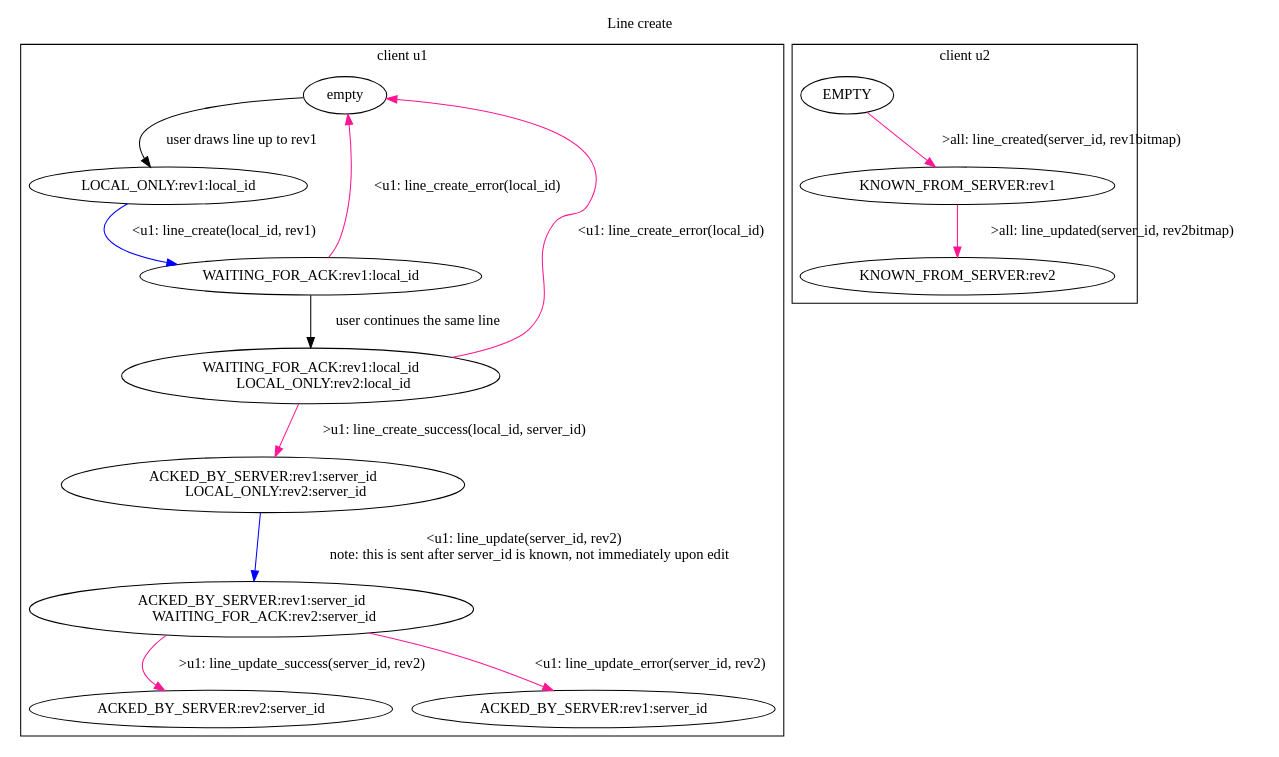
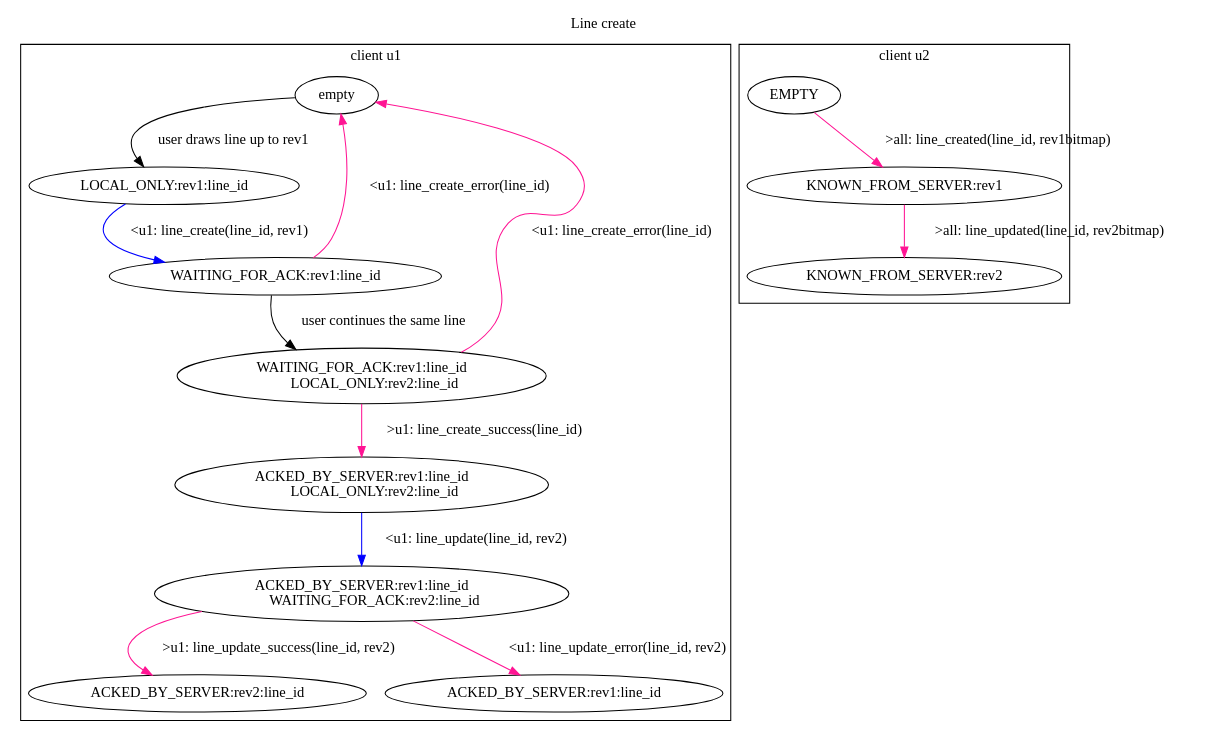
Before and after one commit to wgslr/trunkless-whiteboard: the diagram in graphs/line-create/create-and-edit.dot, drawn with Graphviz.

Commit message:
Change line creation to use client-generated ids

```diff
--- a/graphs/line-create/create-and-edit.dot
+++ b/graphs/line-create/create-and-edit.dot
@@ -1,66 +1,66 @@
 # deeppink = message from server
 # blue = message to server
 
 Digraph G {
   labelloc="t";
   label="Line create";
 
   subgraph cluster_u1 {
     label="client u1"
     
     empty
-    -> "LOCAL_ONLY:rev1:local_id"
+    -> "LOCAL_ONLY:rev1:line_id"
     [label = "user draws line up to rev1"]
     
-    "LOCAL_ONLY:rev1:local_id"
-    -> "WAITING_FOR_ACK:rev1:local_id"
-    [label = "<u1: line_create(local_id, rev1)" color=blue]
+    "LOCAL_ONLY:rev1:line_id"
+    -> "WAITING_FOR_ACK:rev1:line_id"
+    [label = "<u1: line_create(line_id, rev1)" color=blue]
 
-    "WAITING_FOR_ACK:rev1:local_id"
-    -> "WAITING_FOR_ACK:rev1:local_id 
-        LOCAL_ONLY:rev2:local_id"
+    "WAITING_FOR_ACK:rev1:line_id"
+    -> "WAITING_FOR_ACK:rev1:line_id 
+        LOCAL_ONLY:rev2:line_id"
     [label="user continues the same line"]
 
-    "WAITING_FOR_ACK:rev1:local_id 
-        LOCAL_ONLY:rev2:local_id"
-    -> "ACKED_BY_SERVER:rev1:server_id 
-        LOCAL_ONLY:rev2:server_id"
-          [label=">u1: line_create_success(local_id, server_id)" color=deeppink]
+    "WAITING_FOR_ACK:rev1:line_id 
+        LOCAL_ONLY:rev2:line_id"
+    -> "ACKED_BY_SERVER:rev1:line_id 
+        LOCAL_ONLY:rev2:line_id"
+          [label=">u1: line_create_success(line_id)" color=deeppink]
 
 
-    "ACKED_BY_SERVER:rev1:server_id 
-        LOCAL_ONLY:rev2:server_id"
-    -> "ACKED_BY_SERVER:rev1:server_id
-        WAITING_FOR_ACK:rev2:server_id"
-    [label="<u1: line_update(server_id, rev2)
-    note: this is sent after server_id is known, not immediately upon edit" color=blue]
+    "ACKED_BY_SERVER:rev1:line_id 
+        LOCAL_ONLY:rev2:line_id"
+    -> "ACKED_BY_SERVER:rev1:line_id
+        WAITING_FOR_ACK:rev2:line_id"
+    [label="<u1: line_update(line_id, rev2)" color=blue]
 
-    "ACKED_BY_SERVER:rev1:server_id
-        WAITING_FOR_ACK:rev2:server_id"
-    -> "ACKED_BY_SERVER:rev2:server_id"
-    [label=">u1: line_update_success(server_id, rev2)" color=deeppink]  // here either rev2 bitmap or some revision / message id
+    "ACKED_BY_SERVER:rev1:line_id
+        WAITING_FOR_ACK:rev2:line_id"
+    -> "ACKED_BY_SERVER:rev2:line_id"
+    [label=">u1: line_update_success(line_id, rev2)" color=deeppink]  // here either rev2 bitmap or some revision / message id
 
 
     // error cases
-    "WAITING_FOR_ACK:rev1:local_id" -> empty [label = "<u1: line_create_error(local_id)", color=deeppink]
+    "WAITING_FOR_ACK:rev1:line_id" -> empty [label = "<u1: line_create_error(line_id)", color=deeppink]
 
-    "WAITING_FOR_ACK:rev1:local_id 
-        LOCAL_ONLY:rev2:local_id" -> empty [label = "<u1: line_create_error(local_id)", color=deeppink]
+    "WAITING_FOR_ACK:rev1:line_id 
+        LOCAL_ONLY:rev2:line_id" -> empty [label = "<u1: line_create_error(line_id)", color=deeppink]
 
-    "ACKED_BY_SERVER:rev1:server_id
-        WAITING_FOR_ACK:rev2:server_id"
-    -> "ACKED_BY_SERVER:rev1:server_id"
-    [label="<u1: line_update_error(server_id, rev2)" color=deeppink]
+    "ACKED_BY_SERVER:rev1:line_id
+        WAITING_FOR_ACK:rev2:line_id"
+    -> "ACKED_BY_SERVER:rev1:line_id"
+    [label="<u1: line_update_error(line_id, rev2)" color=deeppink]
 
   }
 
   subgraph cluster_u2 {
     label = "client u2"
 
     "EMPTY" -> "KNOWN_FROM_SERVER:rev1"
-    [label = ">all: line_created(server_id, rev1bitmap)" color=deeppink]
+    [label = ">all: line_created(line_id, rev1bitmap)" color=deeppink]
 
     "KNOWN_FROM_SERVER:rev1" -> "KNOWN_FROM_SERVER:rev2"
-    [label = ">all: line_updated(server_id, rev2bitmap)" color=deeppink]
+    [label = ">all: line_updated(line_id, rev2bitmap)" color=deeppink]
+
   }
 }
```
